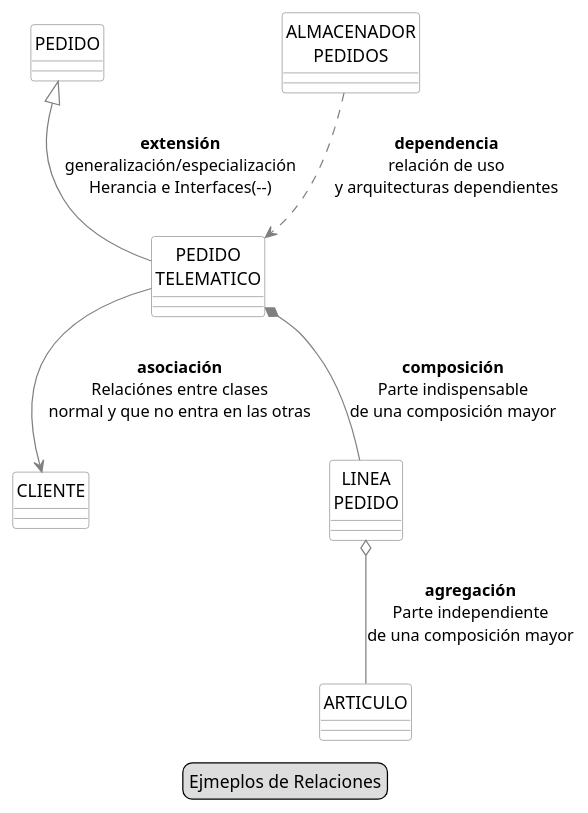
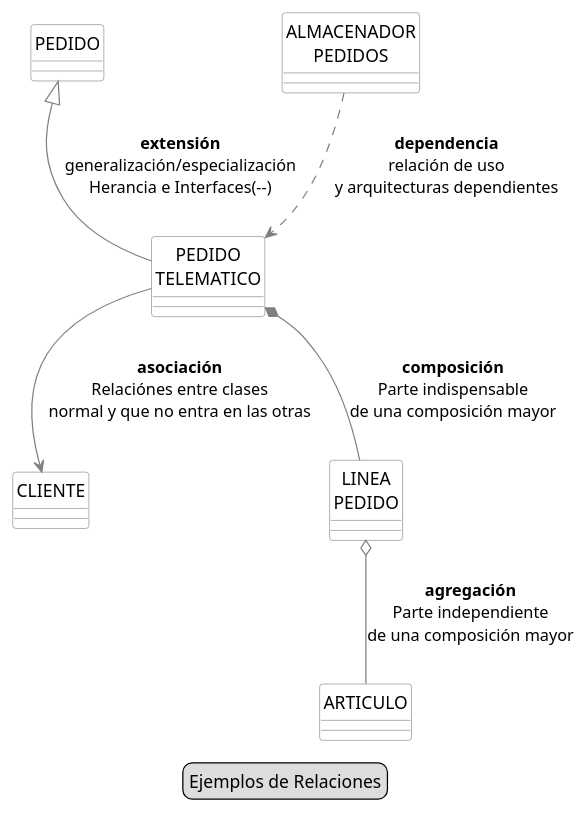
Before and after one commit to srlopez/RUP: the second of 7 diagrams in ejemplos/fraccion_completo.md, drawn with PlantUML. The commit also changed other lines of this file, not shown here.

Commit message:
Relaciones

````diff
--- a/ejemplos/fraccion_completo.md
+++ b/ejemplos/fraccion_completo.md
@@ -147,29 +146,29 @@
 ```plantuml
 
 @startuml
 skinparam class {
   skinparam monochrome true
   skinparam shadowing false
   BackgroundColor White
   BorderColor Gray
   ' FontName Consolas
   ArrowColor Gray
 }
 scale 1
 hide circle
-legend Ejmeplos de Relaciones 
+legend Ejemplos de Relaciones 
 class "ALMACENADOR\nPEDIDOS" as A
 class "CLIENTE" as C
 class "PEDIDO" as D
 class "PEDIDO\nTELEMATICO" as B
 class "LINEA\nPEDIDO" as F
 class "ARTICULO" as E
 'left to right direction
 
 A ..> B : <b>dependencia</b>\nrelación de uso\ny arquitecturas dependientes
 B --> C : <b>asociación</b>\nRelaciónes entre clases\nnormal y que no entra en las otras
 B -u-|> D : <b>extensión</b>\ngeneralización/especialización\nHerancia e Interfaces(--)
 F o-- E: <b>agregación</b>\nParte independiente\nde una composición mayor
 B *-- F: <b>composición</b>\nParte indispensable\nde una composición mayor
 @enduml
 ```
````
